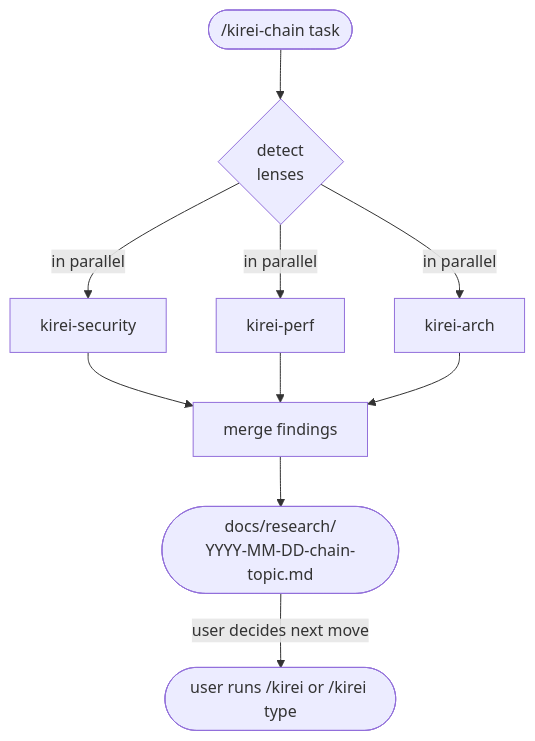
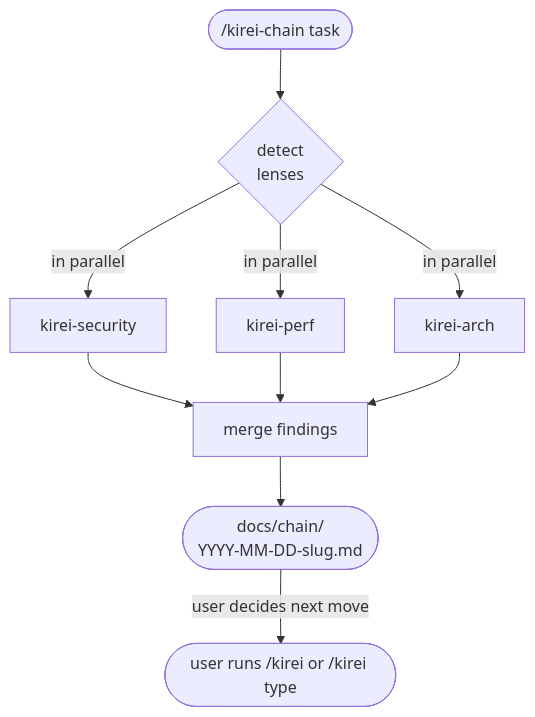
The second of 3 diagrams in README.md (Shironex/kirei), drawn with Mermaid before and after one commit. The commit also changed other lines of this file and 18 other files, not shown here.

````diff
--- a/README.md
+++ b/README.md
@@ -103,13 +106,13 @@
 ```mermaid
 flowchart TD
     chain(["/kirei-chain task"])
     chain --> lenses{detect\nlenses}
     lenses -->|in parallel| a[kirei-security]
     lenses -->|in parallel| b[kirei-perf]
     lenses -->|in parallel| c[kirei-arch]
     a --> merge[merge findings]
     b --> merge
     c --> merge
-    merge --> combined([docs/research/\nYYYY-MM-DD-chain-topic.md])
+    merge --> combined([docs/chain/\nYYYY-MM-DD-slug.md])
     combined -->|user decides next move| user([user runs /kirei or /kirei type])
 ```
````
